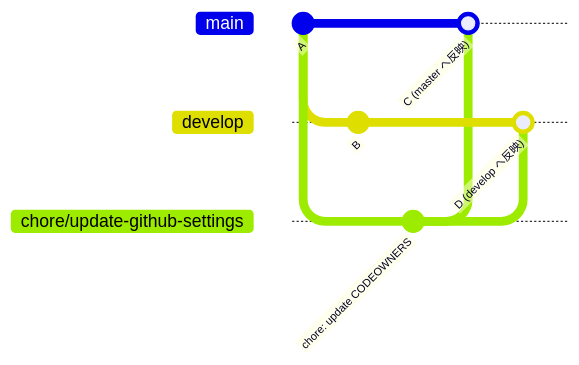
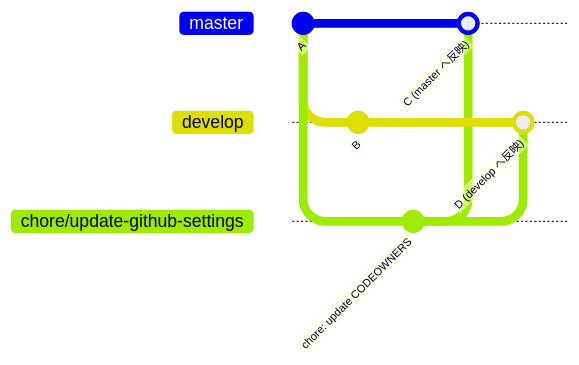
Before and after one commit to raysihto-d250311a/ops-guides-ja: the ninth of 10 diagrams in docs/branching-and-deployment-runbook.md, drawn with Mermaid. The commit also changed other lines of this file and 1 other file, not shown here.

First line of the commit message:
docs: configure gitGraph mainBranchName and clarify hotfix RC tag flow (#12)

````diff
--- a/docs/branching-and-deployment-runbook.md
+++ b/docs/branching-and-deployment-runbook.md
@@ -772,15 +776,16 @@
 ```mermaid
+%%{init: {'gitGraph': {'mainBranchName': 'master'}} }%%
 gitGraph
     commit id: "A"
     branch develop
     checkout develop
     commit id: "B"
-    checkout main
+    checkout master
     branch chore/update-github-settings
     checkout chore/update-github-settings
     commit id: "chore: update CODEOWNERS"
-    checkout main
+    checkout master
     merge chore/update-github-settings id: "C (master へ反映)"
     checkout develop
     merge chore/update-github-settings id: "D (develop へ反映)"
 ```
````
